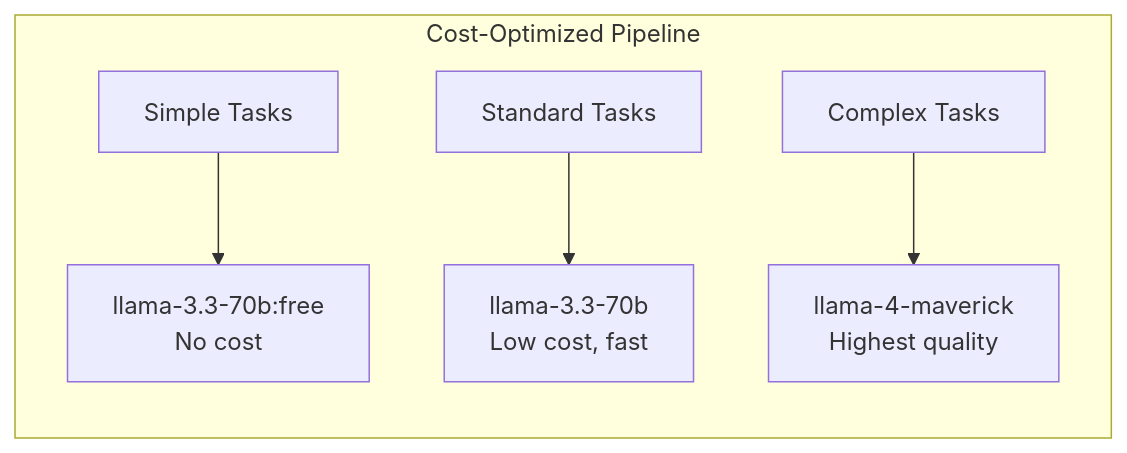
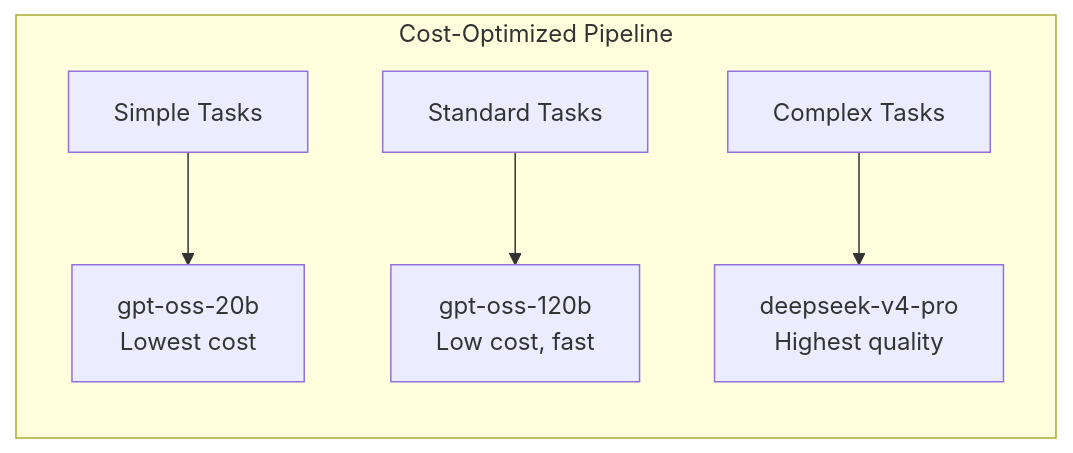
One commit to ever-works/ever-works changed the second of 2 diagrams in docs/plugin-system/fireworks-plugin.md. Above: the diagram before and after it, drawn with Mermaid. The commit also changed other lines of this file and 5 other files, not shown here.

````diff
--- a/docs/plugin-system/fireworks-plugin.md
+++ b/docs/plugin-system/fireworks-plugin.md
@@ -99,8 +114,8 @@
 ```mermaid
 graph LR
     subgraph "Cost-Optimized Pipeline"
-        S["Simple Tasks"] --> SM["llama-3.3-70b:free<br/>No cost"]
-        M["Standard Tasks"] --> MM["llama-3.3-70b<br/>Low cost, fast"]
-        C["Complex Tasks"] --> CM["llama-4-maverick<br/>Highest quality"]
+        S["Simple Tasks"] --> SM["gpt-oss-20b<br/>Lowest cost"]
+        M["Standard Tasks"] --> MM["gpt-oss-120b<br/>Low cost, fast"]
+        C["Complex Tasks"] --> CM["deepseek-v4-pro<br/>Highest quality"]
     end
 ```
````
